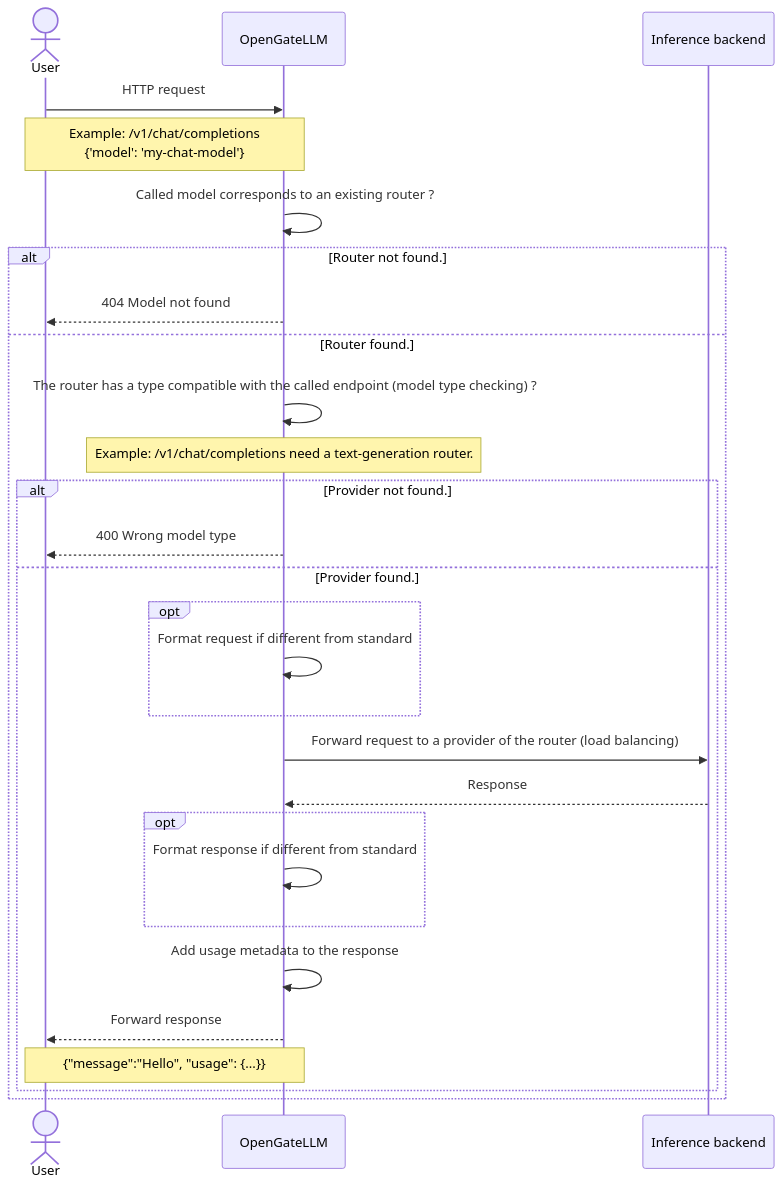
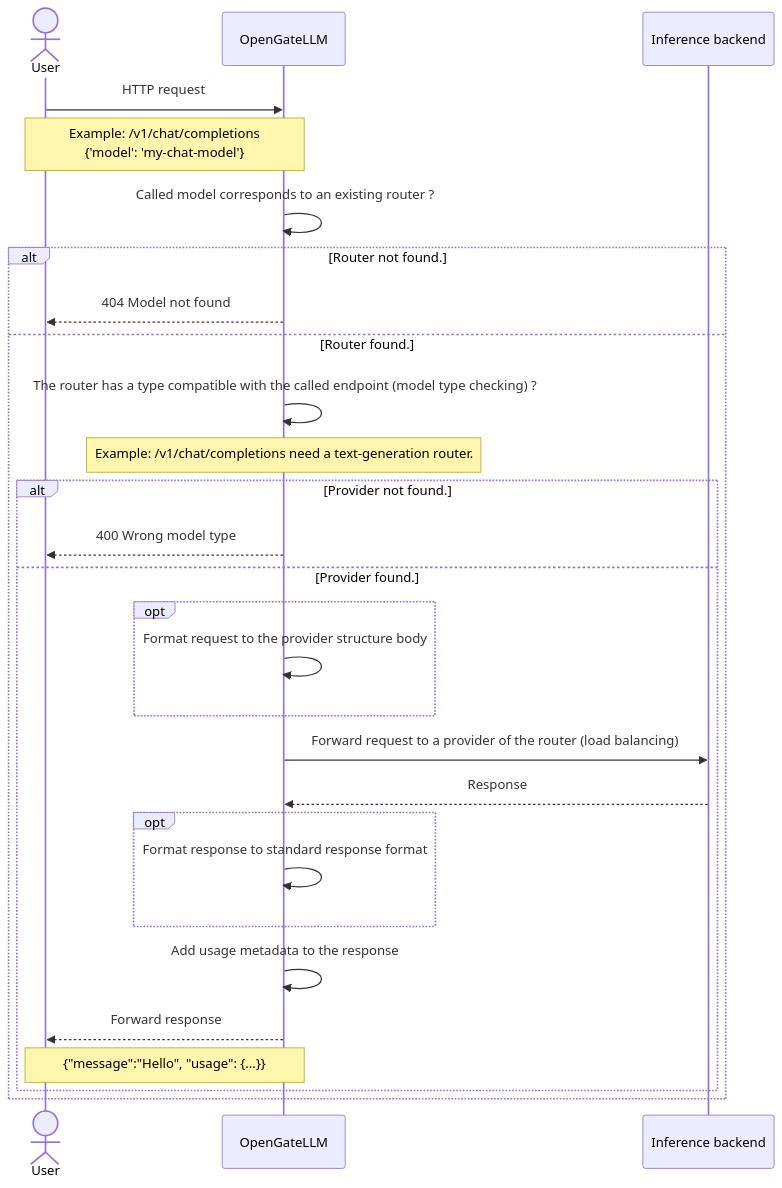
One commit to etalab-ia/OpenGateLLM changed the second of 2 diagrams in docs/src/content/docs/getting-started/models.mdx. Above: the diagram before and after it, drawn with Mermaid. The commit also changed other lines of this file and 5 other files, not shown here.

````diff
--- a/docs/src/content/docs/getting-started/models.mdx
+++ b/docs/src/content/docs/getting-started/models.mdx
@@ -56,31 +56,31 @@
 ```mermaid
 sequenceDiagram
     actor user as User
     participant ogl as OpenGateLLM
     participant backend as Inference backend
     
     user ->> ogl: HTTP request
     Note over user,ogl: Example: /v1/chat/completions<br>{'model': 'my-chat-model'}
     ogl ->> ogl: Called model corresponds to an existing router ?
     alt Router not found.
         ogl -->> user: 404 Model not found
     else Router found.
         ogl ->> ogl: The router has a type compatible with the called endpoint (model type checking) ? 
         Note over ogl: Example: /v1/chat/completions need a text-generation router.
         alt Provider not found.
             ogl -->> user: 400 Wrong model type
         else Provider found.
             opt
-              ogl ->> ogl: Format request if different from standard
+              ogl ->> ogl: Format request to the provider structure body
             end
             ogl ->> backend: Forward request to a provider of the router (load balancing)
             backend -->> ogl: Response
             opt
-              ogl ->> ogl: Format response if different from standard
+              ogl ->> ogl: Format response to standard response format
             end
             ogl ->> ogl: Add usage metadata to the response
             ogl -->> user: Forward response
             Note over user,ogl: {"message":"Hello", "usage": {...}}
         end
     end
 ```
````
